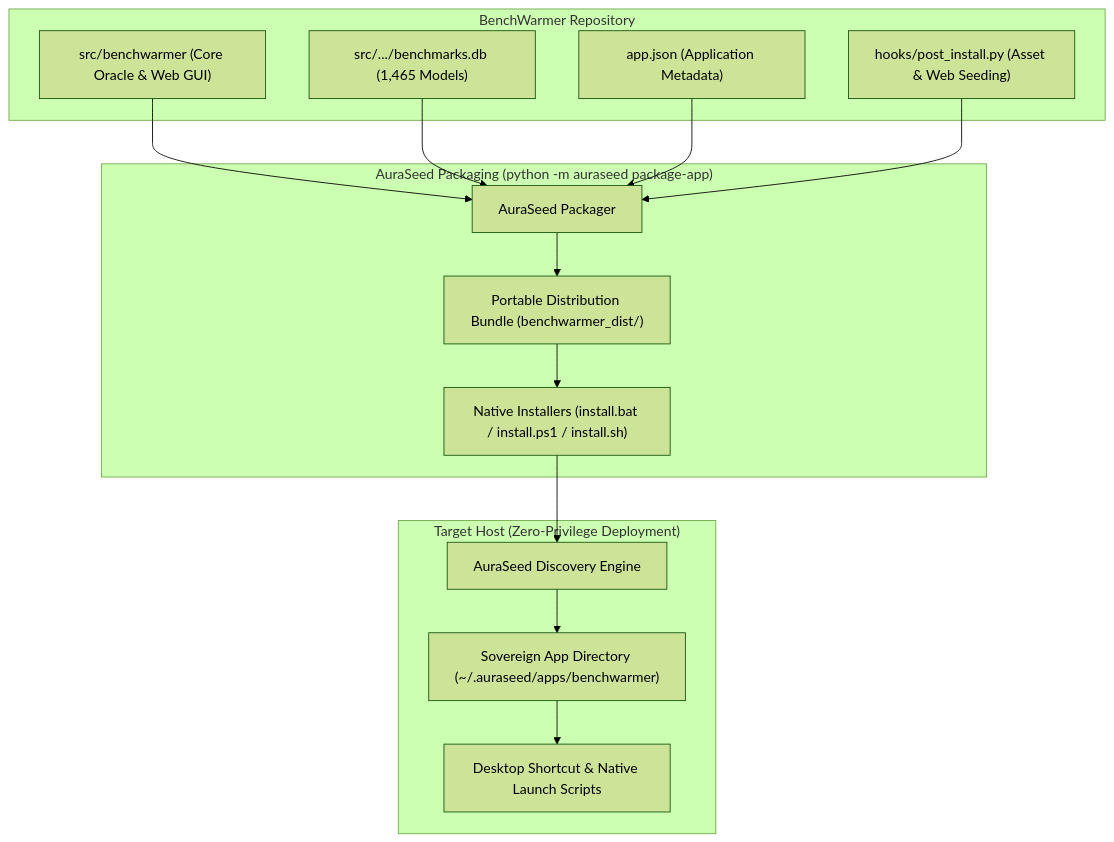
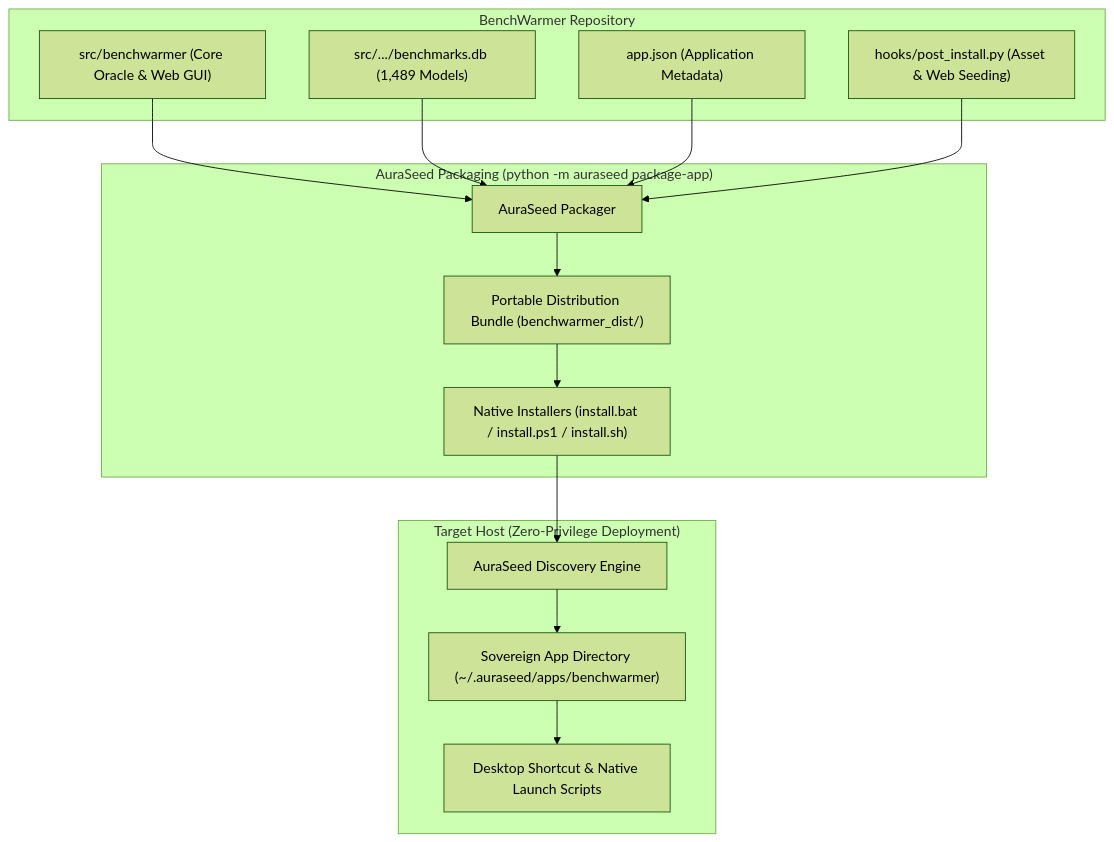
Before and after one commit to AuraCoreDynamics/BenchWarmer: the diagram in docs/AURASEED_DEPLOYMENT.md, drawn with Mermaid (forest theme). The commit also changed other lines of this file and 28 other files, not shown here.

````diff
--- a/docs/AURASEED_DEPLOYMENT.md
+++ b/docs/AURASEED_DEPLOYMENT.md
@@ -40,31 +40,31 @@
 ```mermaid
 flowchart TD
     subgraph Development [BenchWarmer Repository]
         Src["src/benchwarmer (Core Oracle & Web GUI)"]
-        DB["src/.../benchmarks.db (1,465 Models)"]
+        DB["src/.../benchmarks.db (1,489 Models)"]
         AppMeta["app.json (Application Metadata)"]
         Hook["hooks/post_install.py (Asset & Web Seeding)"]
     end
 
     subgraph Packaging ["AuraSeed Packaging (python -m auraseed package-app)"]
         Packager["AuraSeed Packager"]
         Dist["Portable Distribution Bundle (benchwarmer_dist/)"]
         Installers["Native Installers (install.bat / install.ps1 / install.sh)"]
     end
 
     subgraph Target ["Target Host (Zero-Privilege Deployment)"]
         Engine["AuraSeed Discovery Engine"]
         SovereignEnv["Sovereign App Directory (~/.auraseed/apps/benchwarmer)"]
         Launchers["Desktop Shortcut & Native Launch Scripts"]
     end
 
     Src --> Packager
     DB --> Packager
     AppMeta --> Packager
     Hook --> Packager
     Packager --> Dist
     Dist --> Installers
     Installers --> Engine
     Engine --> SovereignEnv
     SovereignEnv --> Launchers
 ```
````
